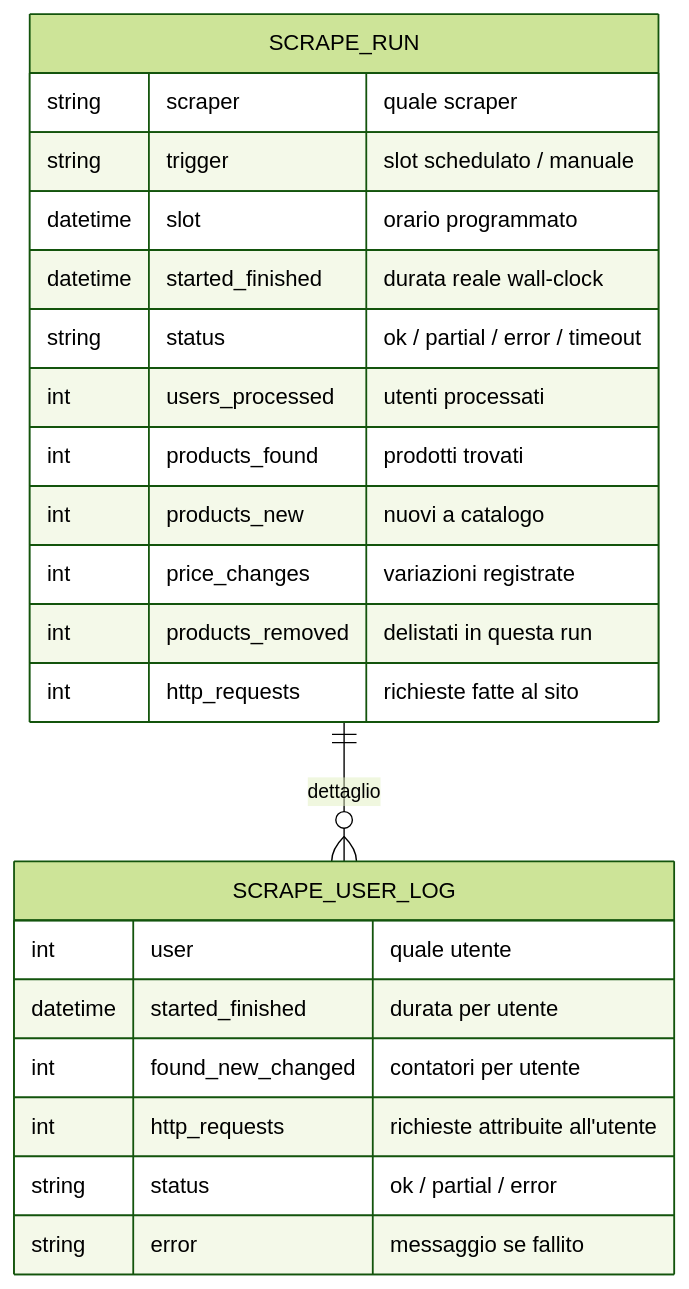
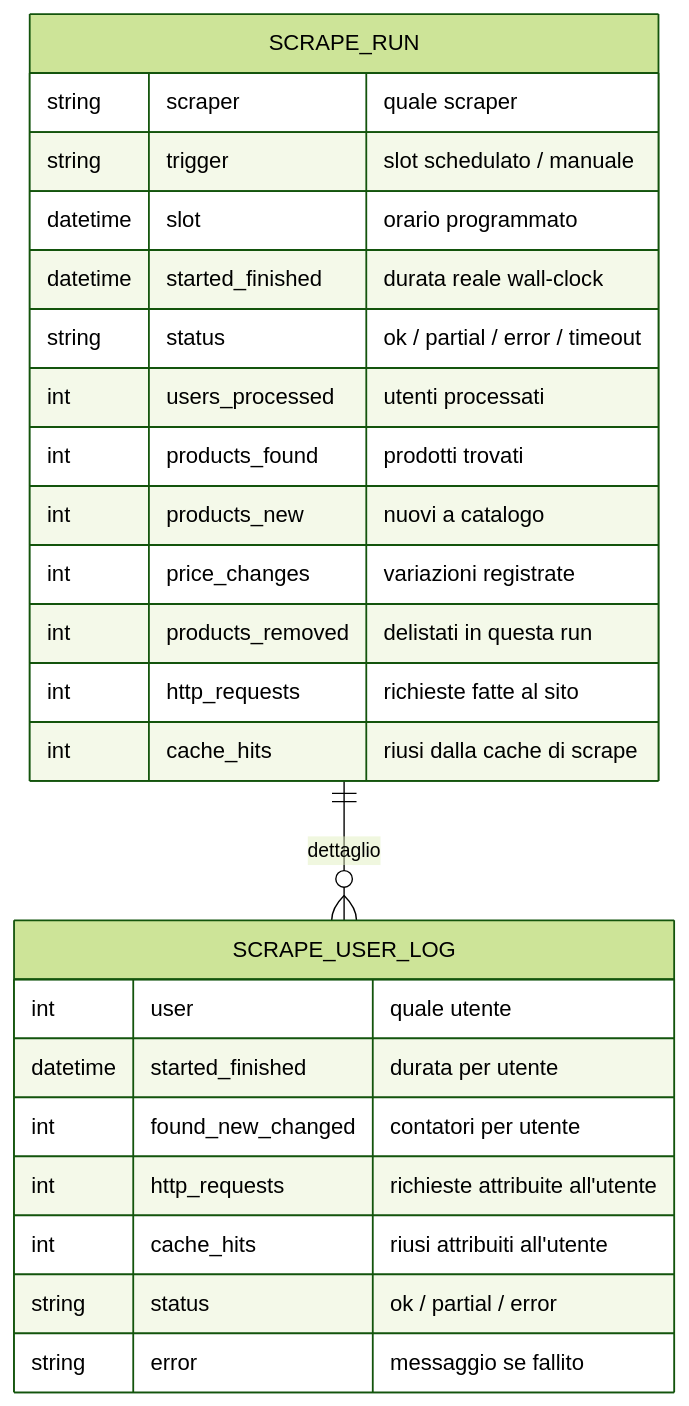
One commit to caporalesimone/watch-em-all changed the first of 2 diagrams in docs/3-features/admin/scraper-monitoring.md. Above: the diagram before and after it, drawn with Mermaid (forest theme). The commit also changed other lines of this file and 28 other files, not shown here.

First line of the commit message:
docs: deferred user deletion, serial scraper runner with calendar view and scrape cache

````diff
--- a/docs/3-features/admin/scraper-monitoring.md
+++ b/docs/3-features/admin/scraper-monitoring.md
@@ -13,25 +13,27 @@
 ```mermaid
 erDiagram
     SCRAPE_RUN ||--o{ SCRAPE_USER_LOG : dettaglio
     SCRAPE_RUN {
         string scraper "quale scraper"
         string trigger "slot schedulato / manuale"
         datetime slot "orario programmato"
         datetime started_finished "durata reale wall-clock"
         string status "ok / partial / error / timeout"
         int users_processed "utenti processati"
         int products_found "prodotti trovati"
         int products_new "nuovi a catalogo"
         int price_changes "variazioni registrate"
         int products_removed "delistati in questa run"
         int http_requests "richieste fatte al sito"
+        int cache_hits "riusi dalla cache di scrape"
     }
     SCRAPE_USER_LOG {
         int user "quale utente"
         datetime started_finished "durata per utente"
         int found_new_changed "contatori per utente"
         int http_requests "richieste attribuite all'utente"
+        int cache_hits "riusi attribuiti all'utente"
         string status "ok / partial / error"
         string error "messaggio se fallito"
     }
 ```
````
